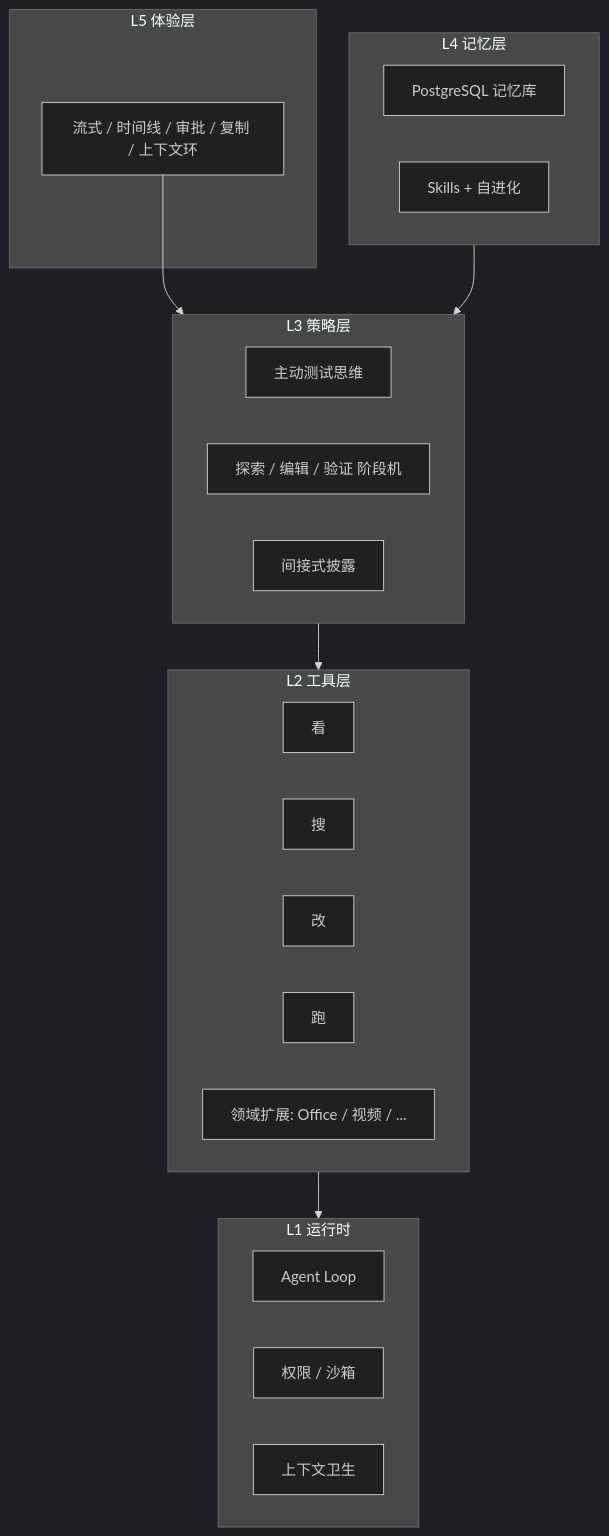
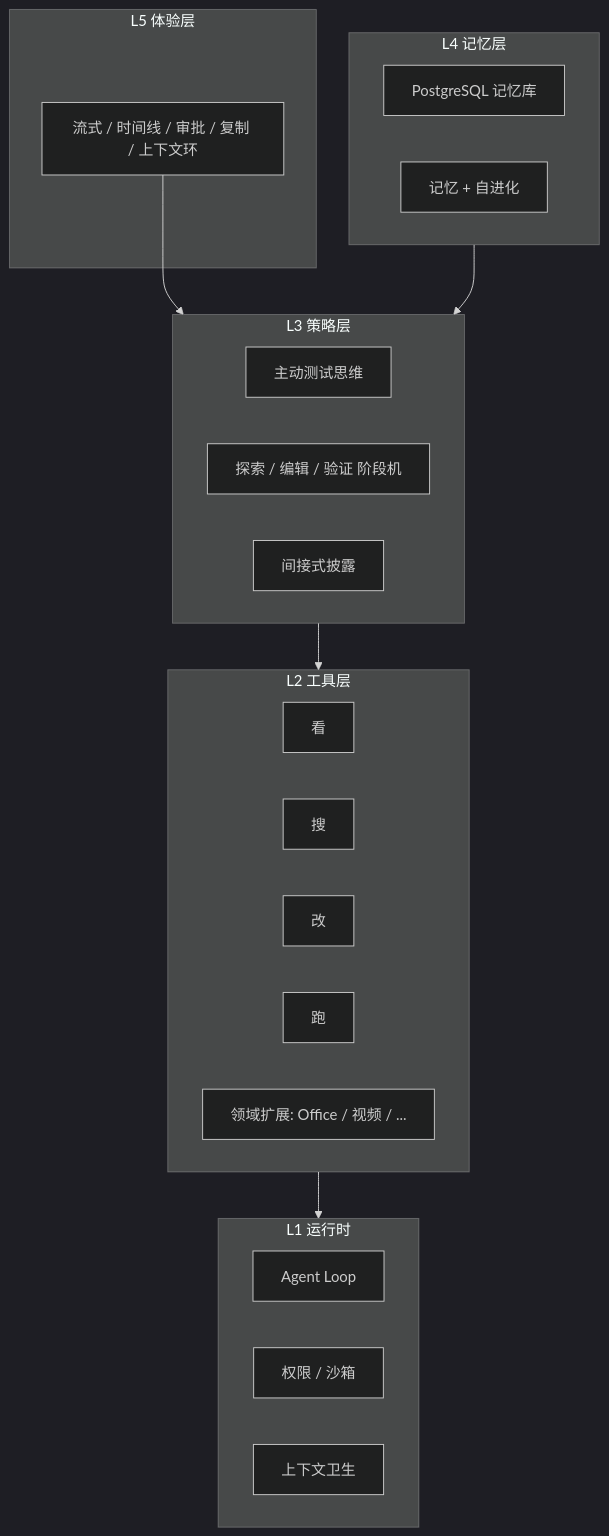
One commit to syy-shark/sharker changed the first of 3 diagrams in docs/roadmap-harness.md. Above: the diagram before and after it, drawn with Mermaid (dark theme). The commit also changed other lines of this file and 289 other files, not shown here.

````diff
--- a/docs/roadmap-harness.md
+++ b/docs/roadmap-harness.md
@@ -9,31 +9,31 @@
 ```mermaid
 flowchart TB
   subgraph L5 [L5 体验层]
     UI[流式 / 时间线 / 审批 / 复制 / 上下文环]
   end
   subgraph L4 [L4 记忆层]
     MemStore[PostgreSQL 记忆库]
-    Skills[Skills + 自进化]
+    Evolve[记忆 + 自进化]
   end
   subgraph L3 [L3 策略层]
     TestMind[主动测试思维]
     Phases[探索 / 编辑 / 验证 阶段机]
     Disclose[间接式披露]
   end
   subgraph L2 [L2 工具层]
     Read[看]
     Search[搜]
     Edit[改]
     Run[跑]
     Domain[领域扩展: Office / 视频 / ...]
   end
   subgraph L1 [L1 运行时]
     Loop[Agent Loop]
     Perm[权限 / 沙箱]
     Ctx[上下文卫生]
   end
   UI --> L3
   L4 --> L3
   L3 --> L2
   L2 --> L1
 ```
````
